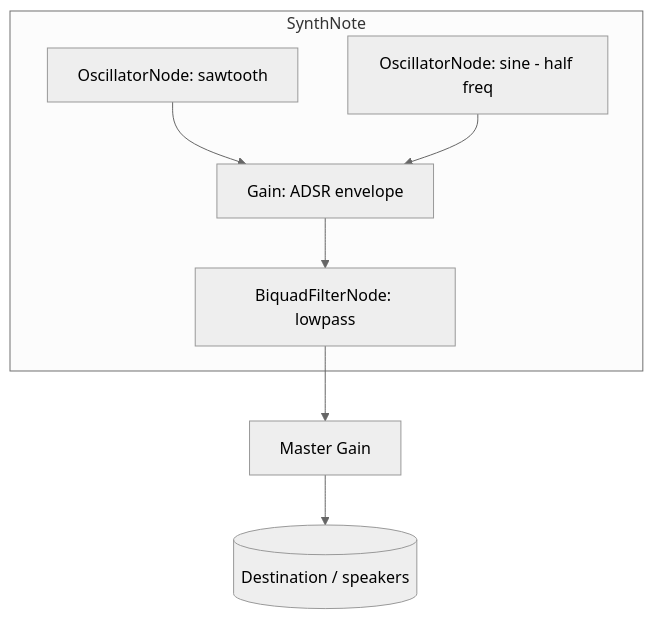
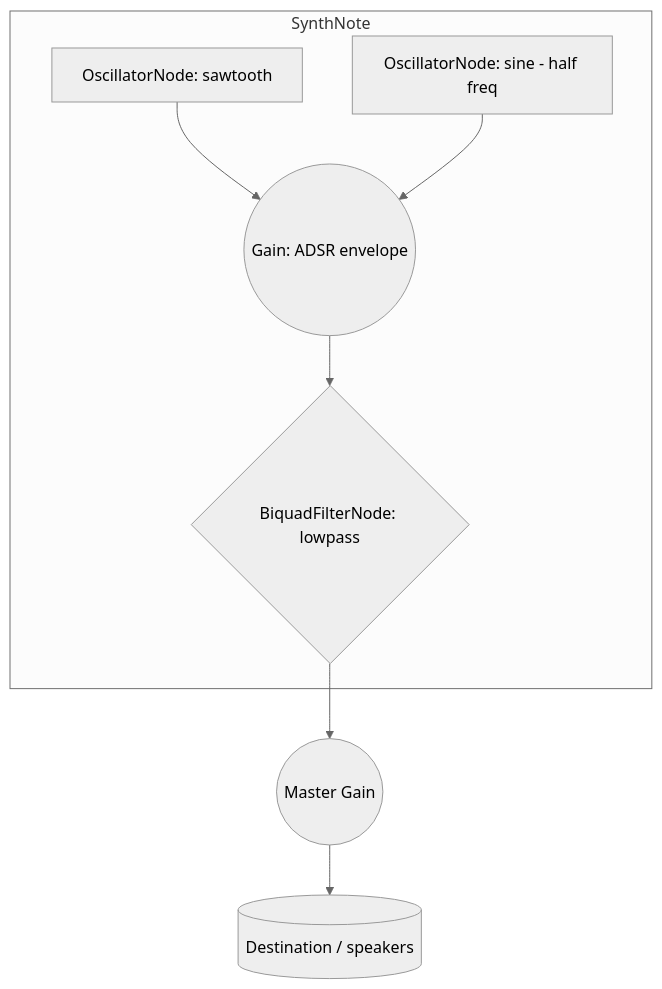
Before and after one commit to MUST4707/04_Week.Workshop.A.Classes.Keyboard: the diagram in README.md, drawn with Mermaid (neutral theme).

````diff
--- a/README.md
+++ b/README.md
@@ -19,20 +19,20 @@
 ```mermaid
 flowchart TD
     subgraph SynthNote
         osc1[OscillatorNode: sawtooth]
         osc2[OscillatorNode: sine - half freq]
-        adsr[Gain: ADSR envelope]
-        filt[BiquadFilterNode: lowpass]
+        adsr((Gain: ADSR envelope))
+        filt{BiquadFilterNode: lowpass}
 
         osc1 --> adsr
         osc2 --> adsr
         adsr --> filt
     end
 
     
-    master[Master Gain]
+    master((Master Gain))
     dest[(Destination / speakers)]
     
 
     filt --> master --> dest
 ```
````
